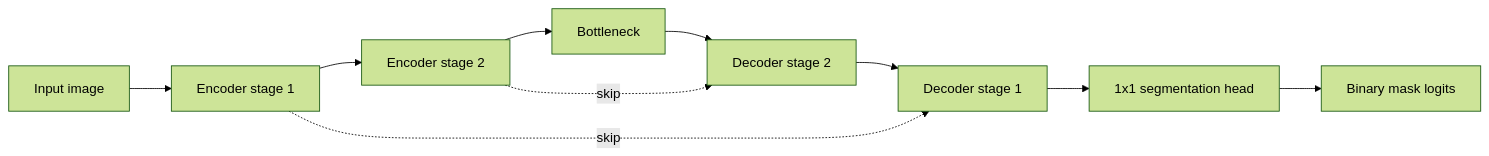
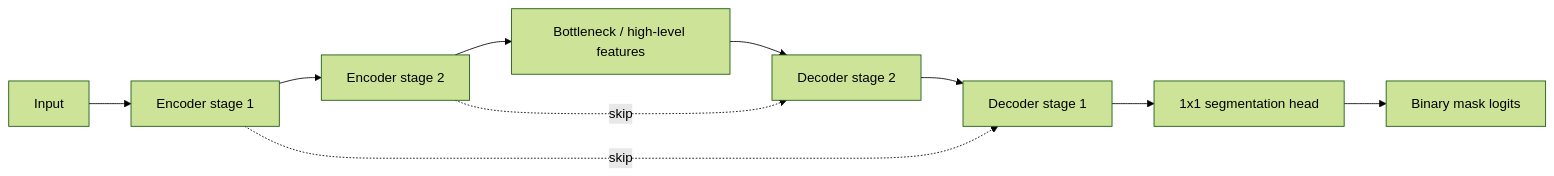
The second of 4 diagrams in docs/model_architecture_manuscript_foundation.md (Pushpalathadevi/HydrideSegmentation), drawn with Mermaid (forest theme) before and after one commit. The commit also changed other lines of this file and 16 other files, not shown here.

````diff
--- a/docs/model_architecture_manuscript_foundation.md
+++ b/docs/model_architecture_manuscript_foundation.md
@@ -25,13 +70,13 @@
 ```mermaid
 flowchart LR
-    I["Input image"] --> E1["Encoder stage 1"]
+    I["Input"] --> E1["Encoder stage 1"]
     E1 --> E2["Encoder stage 2"]
-    E2 --> E3["Bottleneck"]
-    E3 --> D2["Decoder stage 2"]
+    E2 --> B["Bottleneck / high-level features"]
+    B --> D2["Decoder stage 2"]
     D2 --> D1["Decoder stage 1"]
     D1 --> H["1x1 segmentation head"]
     H --> O["Binary mask logits"]
 
     E2 -. skip .-> D2
     E1 -. skip .-> D1
 ```
````
